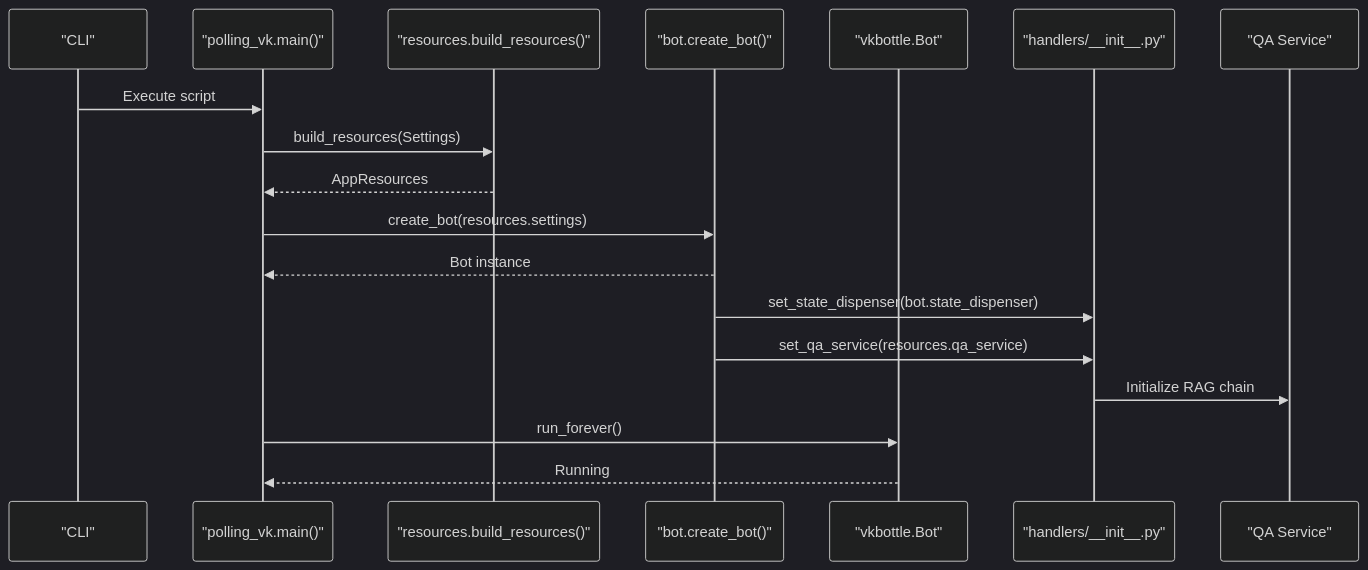
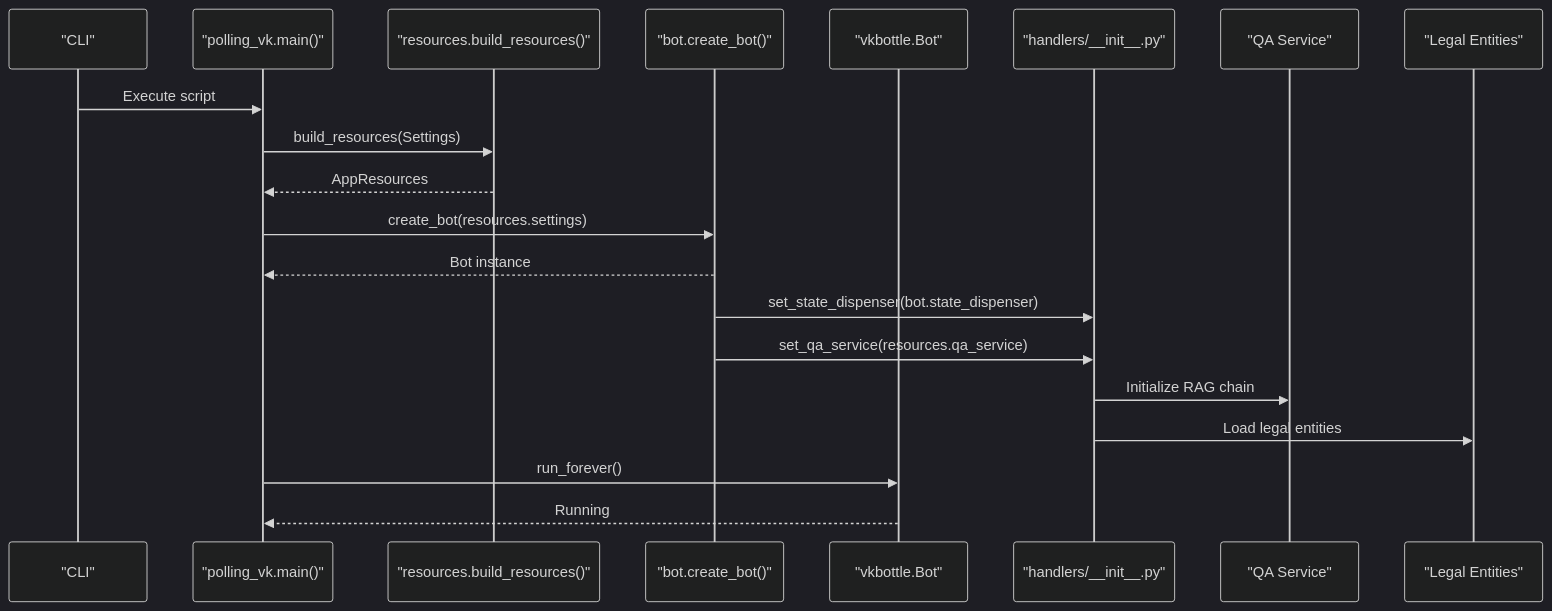
Before and after one commit to ognelis/cafetera_hr_bot: diagram 13 of 16 in .qoder/repowiki/en/content/VK Integration/VK Integration.md, drawn with Mermaid (dark theme). The commit also changed other lines of this file and 26 other files, not shown here.

````diff
--- a/.qoder/repowiki/en/content/VK Integration/VK Integration.md
+++ b/.qoder/repowiki/en/content/VK Integration/VK Integration.md
@@ -677,20 +742,22 @@
 ```mermaid
 sequenceDiagram
 participant CLI as "CLI"
 participant Runner as "polling_vk.main()"
 participant Resources as "resources.build_resources()"
 participant Factory as "bot.create_bot()"
 participant Bot as "vkbottle.Bot"
 participant Utils as "handlers/__init__.py"
 participant QA as "QA Service"
+participant Entities as "Legal Entities"
 CLI->>Runner : Execute script
 Runner->>Resources : build_resources(Settings)
 Resources-->>Runner : AppResources
 Runner->>Factory : create_bot(resources.settings)
 Factory-->>Runner : Bot instance
 Factory->>Utils : set_state_dispenser(bot.state_dispenser)
 Factory->>Utils : set_qa_service(resources.qa_service)
 Utils->>QA : Initialize RAG chain
+Utils->>Entities : Load legal entities
 Runner->>Bot : run_forever()
 Bot-->>Runner : Running
 ```
````
